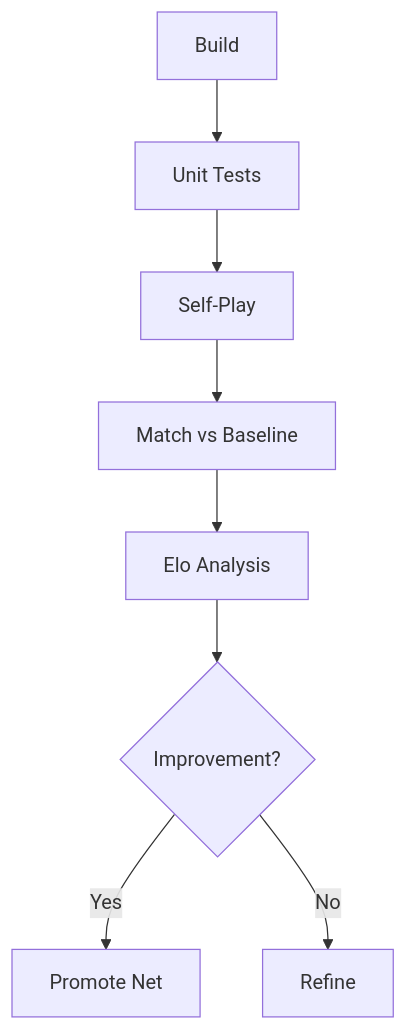
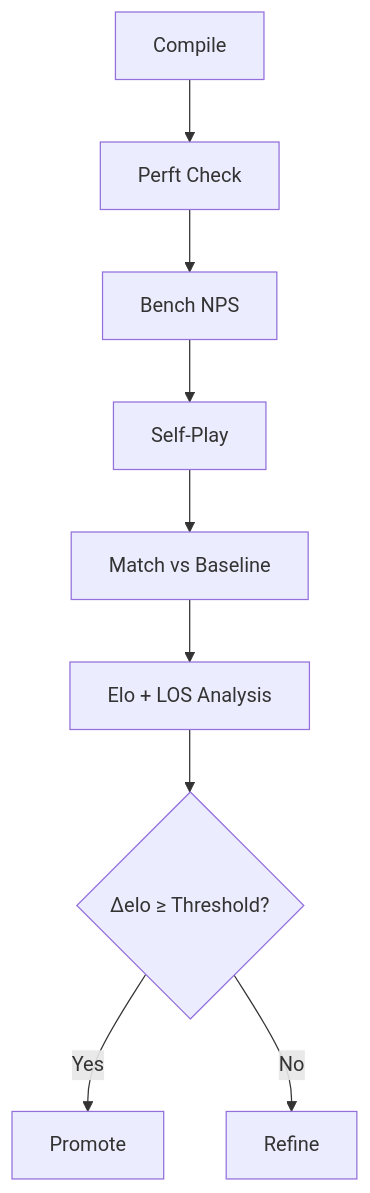
Before and after one commit to Zorvia/Solace: the second of 2 diagrams in README.md, drawn with Mermaid. The commit also changed other lines of this file, not shown here.

````diff
--- a/README.md
+++ b/README.md
@@ -107,10 +178,11 @@
 ```mermaid
 flowchart TD
-    A[Build] --> B[Unit Tests]
-    B --> C[Self-Play]
-    C --> D[Match vs Baseline]
-    D --> E[Elo Analysis]
-    E --> F{Improvement?}
-    F -- Yes --> G[Promote Net]
-    F -- No --> H[Refine]
+    A[Compile] --> B[Perft Check]
+    B --> C[Bench NPS]
+    C --> D[Self-Play]
+    D --> E[Match vs Baseline]
+    E --> F[Elo + LOS Analysis]
+    F --> G{Δelo ≥ Threshold?}
+    G -- Yes --> H[Promote]
+    G -- No --> I[Refine]
 ```
````
